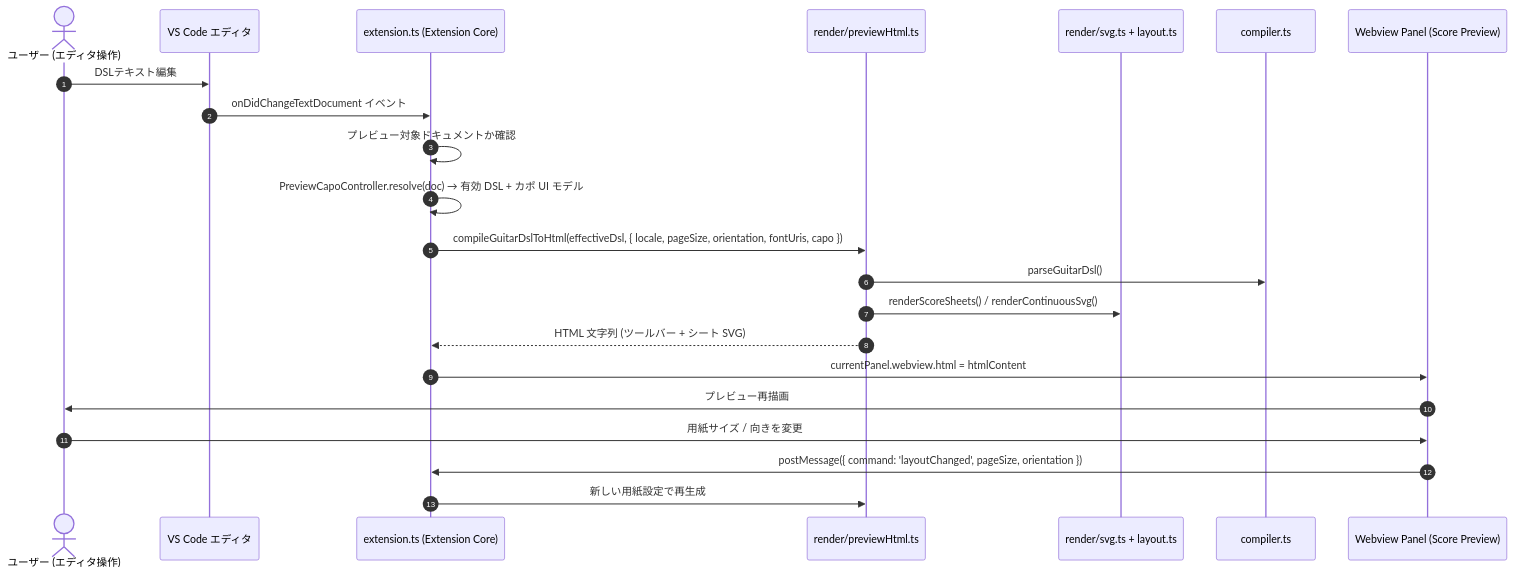
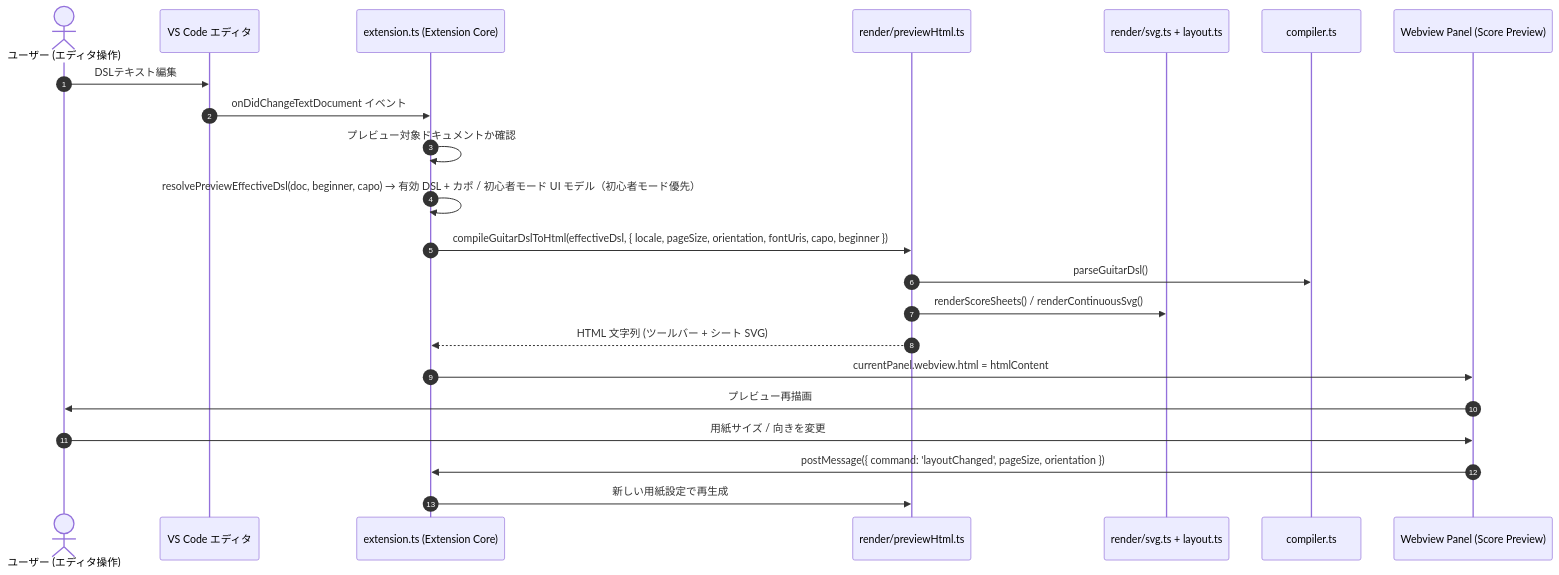
Before and after one commit to puchinya/vscode-guitar-dsl: the second of 5 diagrams in docs/design/architecture.md, drawn with Mermaid. The commit also changed other lines of this file and 2 other files, not shown here.

Commit message:
docs: sync design/spec flows with Beginner Mode precedence and sections (#65)

````diff
--- a/docs/design/architecture.md
+++ b/docs/design/architecture.md
@@ -335,25 +335,25 @@
 ```mermaid
 sequenceDiagram
     autonumber
     actor User as ユーザー (エディタ操作)
     participant Editor as VS Code エディタ
     participant Ext as extension.ts (Extension Core)
     participant Html as render/previewHtml.ts
     participant Svg as render/svg.ts + layout.ts
     participant Comp as compiler.ts
     participant WV as Webview Panel (Score Preview)
 
     User->>Editor: DSLテキスト編集
     Editor->>Ext: onDidChangeTextDocument イベント
     Ext->>Ext: プレビュー対象ドキュメントか確認
-    Ext->>Ext: PreviewCapoController.resolve(doc) → 有効 DSL + カポ UI モデル
-    Ext->>Html: compileGuitarDslToHtml(effectiveDsl, { locale, pageSize, orientation, fontUris, capo })
+    Ext->>Ext: resolvePreviewEffectiveDsl(doc, beginner, capo) → 有効 DSL + カポ / 初心者モード UI モデル（初心者モード優先）
+    Ext->>Html: compileGuitarDslToHtml(effectiveDsl, { locale, pageSize, orientation, fontUris, capo, beginner })
     Html->>Comp: parseGuitarDsl()
     Html->>Svg: renderScoreSheets() / renderContinuousSvg()
     Html-->>Ext: HTML 文字列 (ツールバー + シート SVG)
     Ext->>WV: currentPanel.webview.html = htmlContent
     WV->>User: プレビュー再描画
     User->>WV: 用紙サイズ / 向きを変更
     WV->>Ext: postMessage({ command: 'layoutChanged', pageSize, orientation })
     Ext->>Html: 新しい用紙設定で再生成
 ```
````
